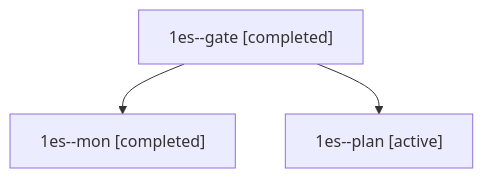
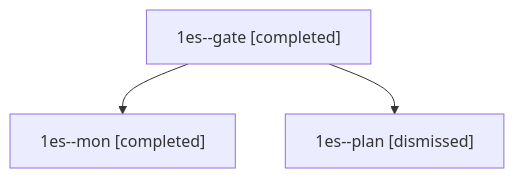
One commit to bobs-org/bob-cli--agents changed the diagram in sessions/bbugyi200.athena.1es.md. Above: the diagram before and after it, drawn with Mermaid. The commit also changed other lines of this file and 5 other files, not shown here.

````diff
--- a/sessions/bbugyi200.athena.1es.md
+++ b/sessions/bbugyi200.athena.1es.md
@@ -9,8 +9,8 @@
 ```mermaid
 flowchart TD
   n0["1es--gate [completed]"]
   n1["1es--mon [completed]"]
   n0 --> n1
-  n2["1es--plan [active]"]
+  n2["1es--plan [dismissed]"]
   n0 --> n2
 ```
````
